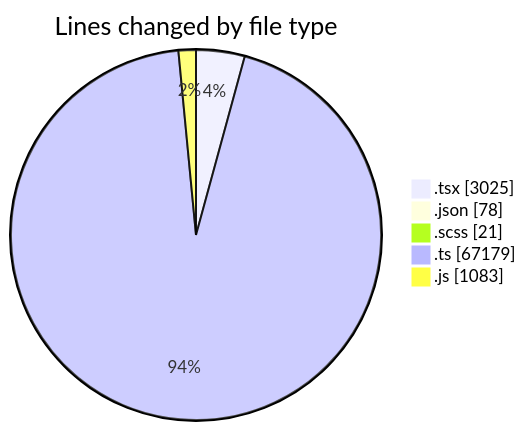
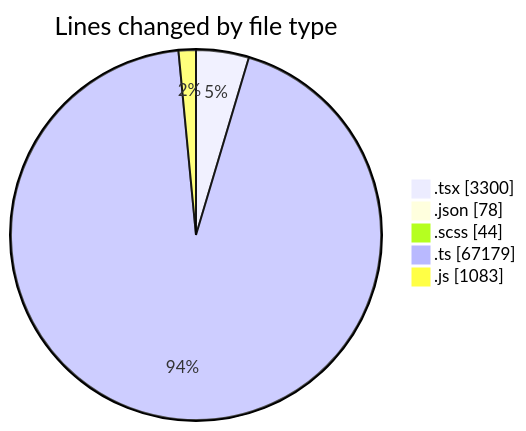
The first of 2 diagrams in 2026-09-29/cda/README.md (momahboobian/code-tracking), drawn with Mermaid before and after one commit. The commit also changed other lines of this file and 1 other file, not shown here.

````diff
--- a/2026-09-29/cda/README.md
+++ b/2026-09-29/cda/README.md
@@ -49,9 +52,9 @@
 ```mermaid
 pie showData
 title Lines changed by file type
-".tsx" : 3025
+".tsx" : 3300
 ".json" : 78
-".scss" : 21
+".scss" : 44
 ".ts" : 67179
 ".js" : 1083
 ```
````
